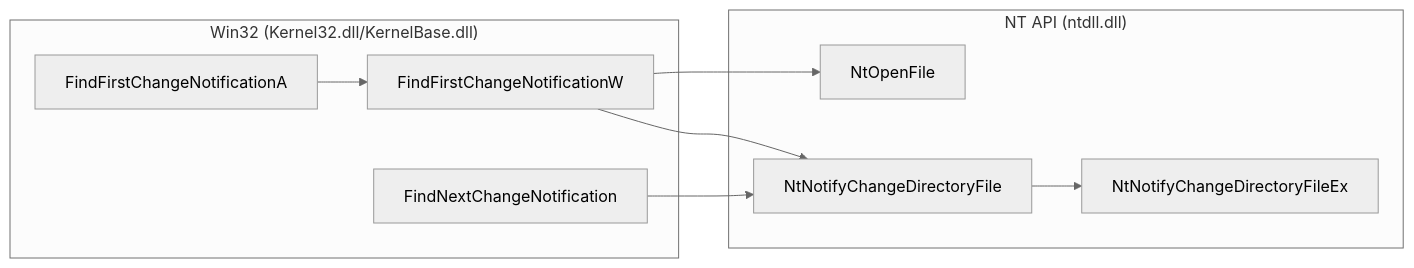
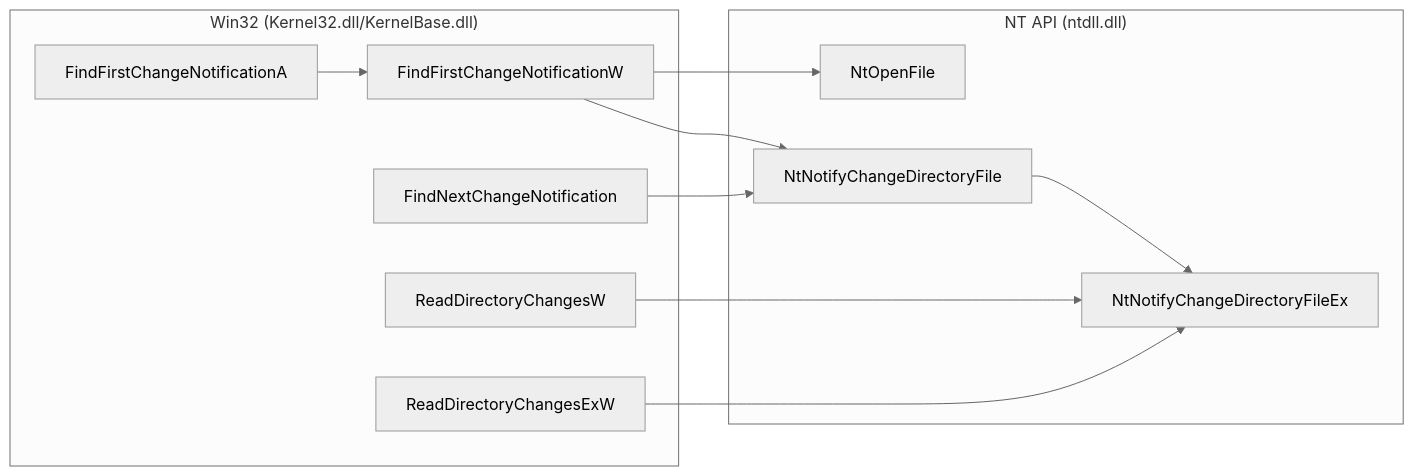
One commit to Sewer56/vfs-writeup changed the ninth of 11 diagrams in docs/index.md. Above: the diagram before and after it, drawn with Mermaid (neutral theme).

Commit message:
Added: ReadDirectoryChanges(W/ExW)

````diff
--- a/docs/index.md
+++ b/docs/index.md
@@ -637,21 +637,25 @@
 ```mermaid
 flowchart LR
     subgraph Win32["Win32 (Kernel32.dll/KernelBase.dll)"]
     FindFirstChangeNotificationA
     FindFirstChangeNotificationW
     FindNextChangeNotification
+    ReadDirectoryChangesW
+    ReadDirectoryChangesExW
 
     FindFirstChangeNotificationA --> FindFirstChangeNotificationW
     end
 
     subgraph NT["NT API (ntdll.dll)"]
     NtOpenFile
     NtNotifyChangeDirectoryFile
     NtNotifyChangeDirectoryFileEx
 
     FindFirstChangeNotificationW --> NtOpenFile
     FindFirstChangeNotificationW --> NtNotifyChangeDirectoryFile
     FindNextChangeNotification --> NtNotifyChangeDirectoryFile
     NtNotifyChangeDirectoryFile --> NtNotifyChangeDirectoryFileEx
+    ReadDirectoryChangesW --> NtNotifyChangeDirectoryFileEx
+    ReadDirectoryChangesExW --> NtNotifyChangeDirectoryFileEx
     end
 ```
````
